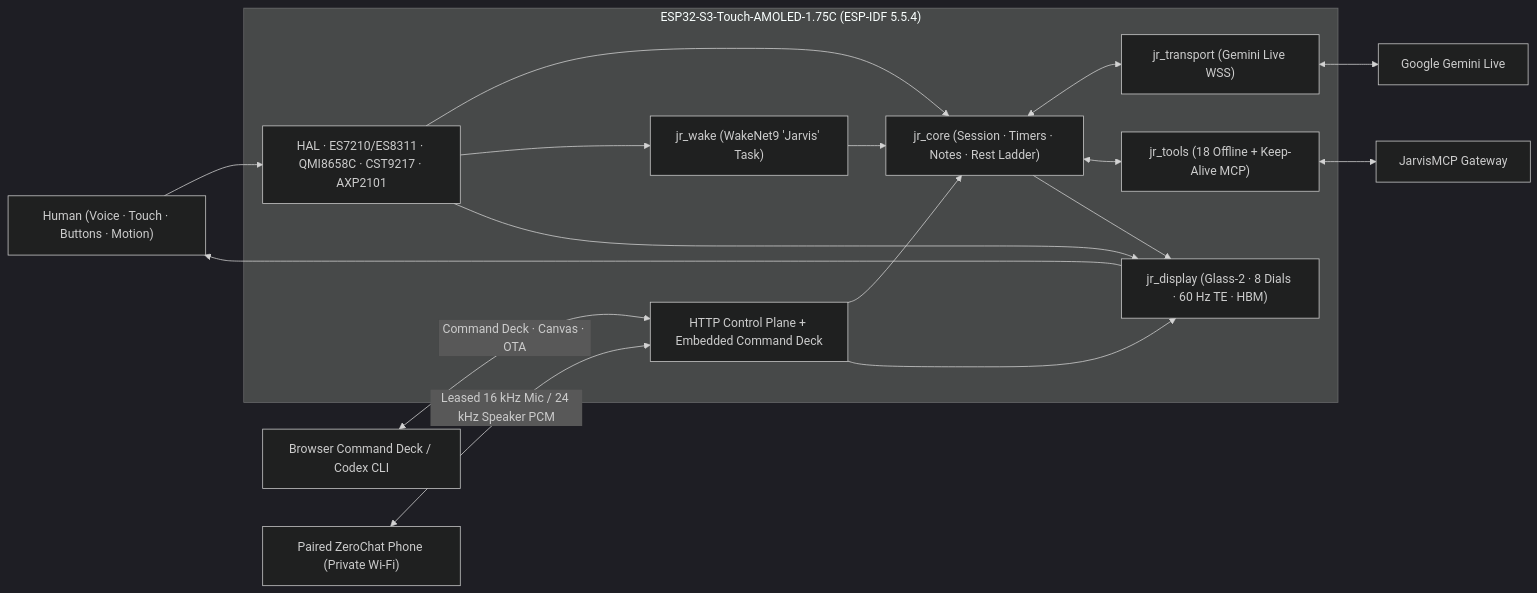
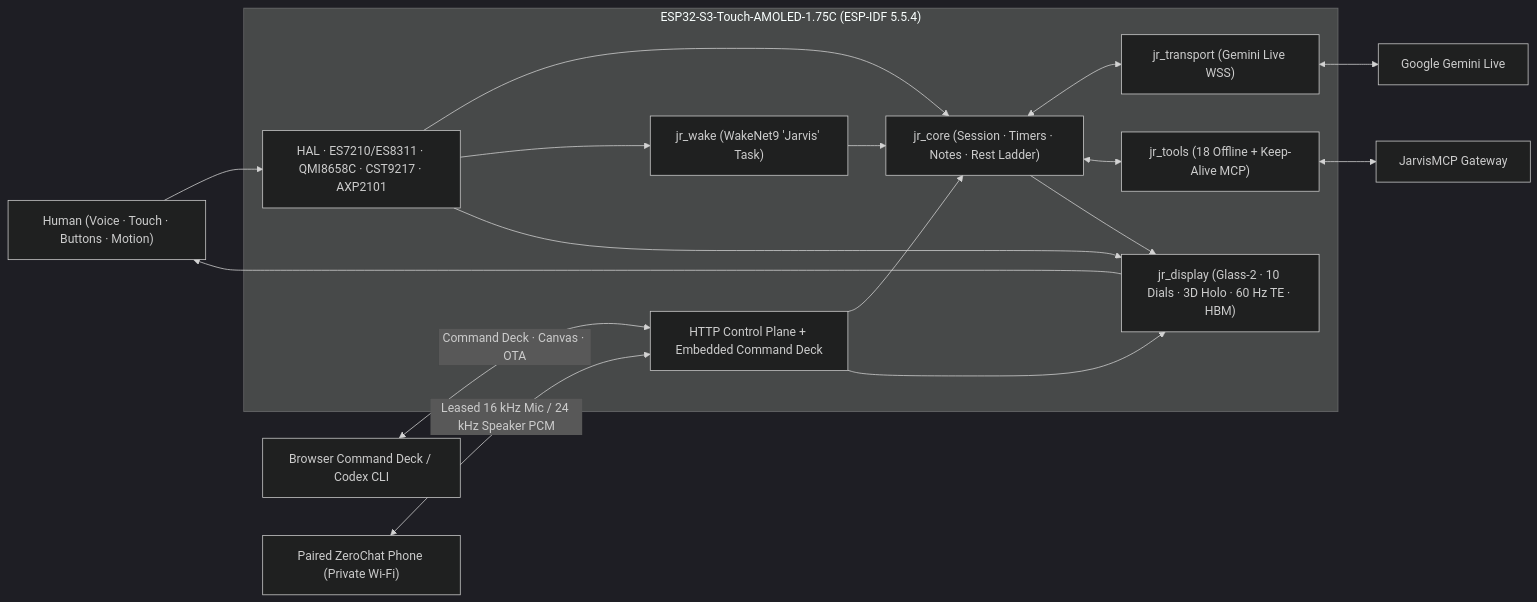
The first of 3 diagrams in README.md (PascalAI2024/JarvisNano), drawn with Mermaid (dark theme) before and after one commit. The commit also changed other lines of this file and 39 other files, not shown here.

````diff
--- a/README.md
+++ b/README.md
@@ -86,30 +100,30 @@
 ```mermaid
 flowchart LR
     Human["Human (Voice · Touch · Buttons · Motion)"]
 
     subgraph Device["ESP32-S3-Touch-AMOLED-1.75C (ESP-IDF 5.5.4)"]
         Sensors["HAL · ES7210/ES8311 · QMI8658C · CST9217 · AXP2101"]
         Core["jr_core (Session · Timers · Notes · Rest Ladder)"]
         Wake["jr_wake (WakeNet9 'Jarvis' Task)"]
         Transport["jr_transport (Gemini Live WSS)"]
         Tools["jr_tools (18 Offline + Keep-Alive MCP)"]
-        Glass["jr_display (Glass-2 · 8 Dials · 60 Hz TE · HBM)"]
+        Glass["jr_display (Glass-2 · 10 Dials · 3D Holo · 60 Hz TE · HBM)"]
         HTTP["HTTP Control Plane + Embedded Command Deck"]
     end
 
     Gemini["Google Gemini Live"]
     MCP["JarvisMCP Gateway"]
     Deck["Browser Command Deck / Codex CLI"]
     ZeroChat["Paired ZeroChat Phone (Private Wi-Fi)"]
 
     Human --> Sensors --> Core
     Sensors --> Wake --> Core
     Core <--> Transport <--> Gemini
     Core <--> Tools <--> MCP
     Core --> Glass --> Human
     Sensors --> Glass
     Deck <-->|"Command Deck · Canvas · OTA"| HTTP
     ZeroChat <-->|"Leased 16 kHz Mic / 24 kHz Speaker PCM"| HTTP
     HTTP --> Core
     HTTP --> Glass
 ```
````
